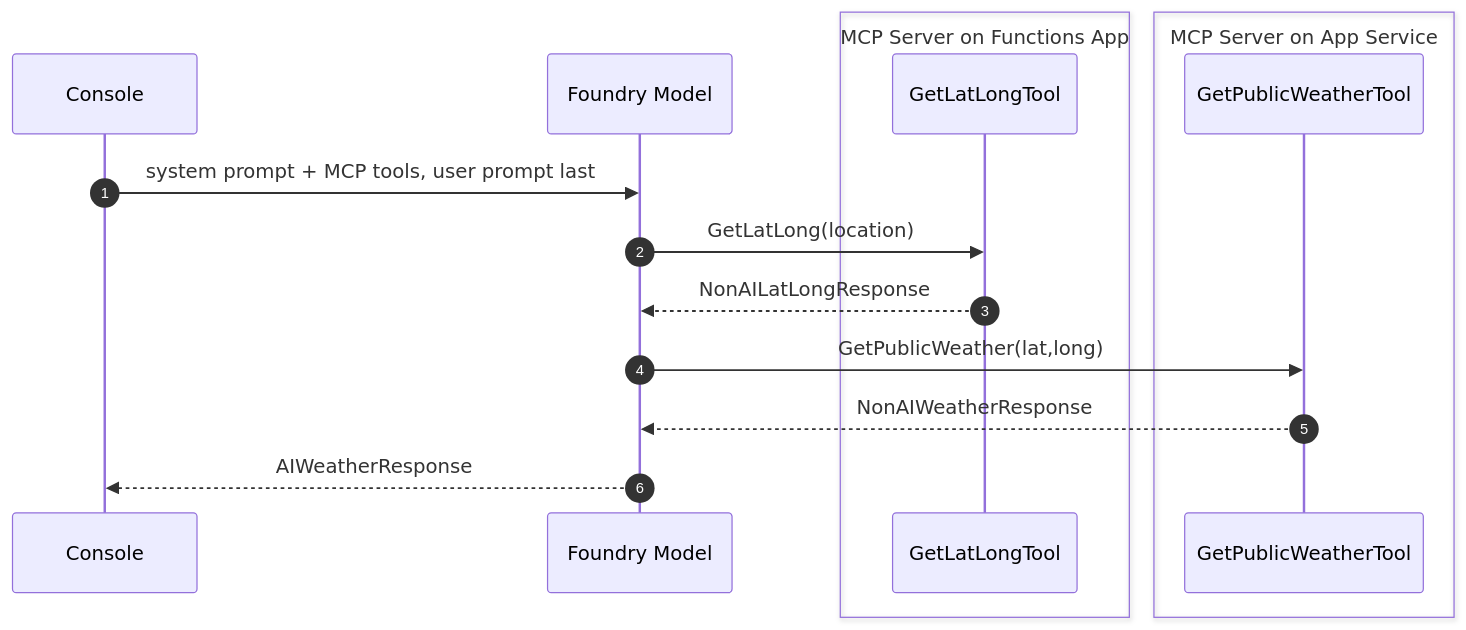
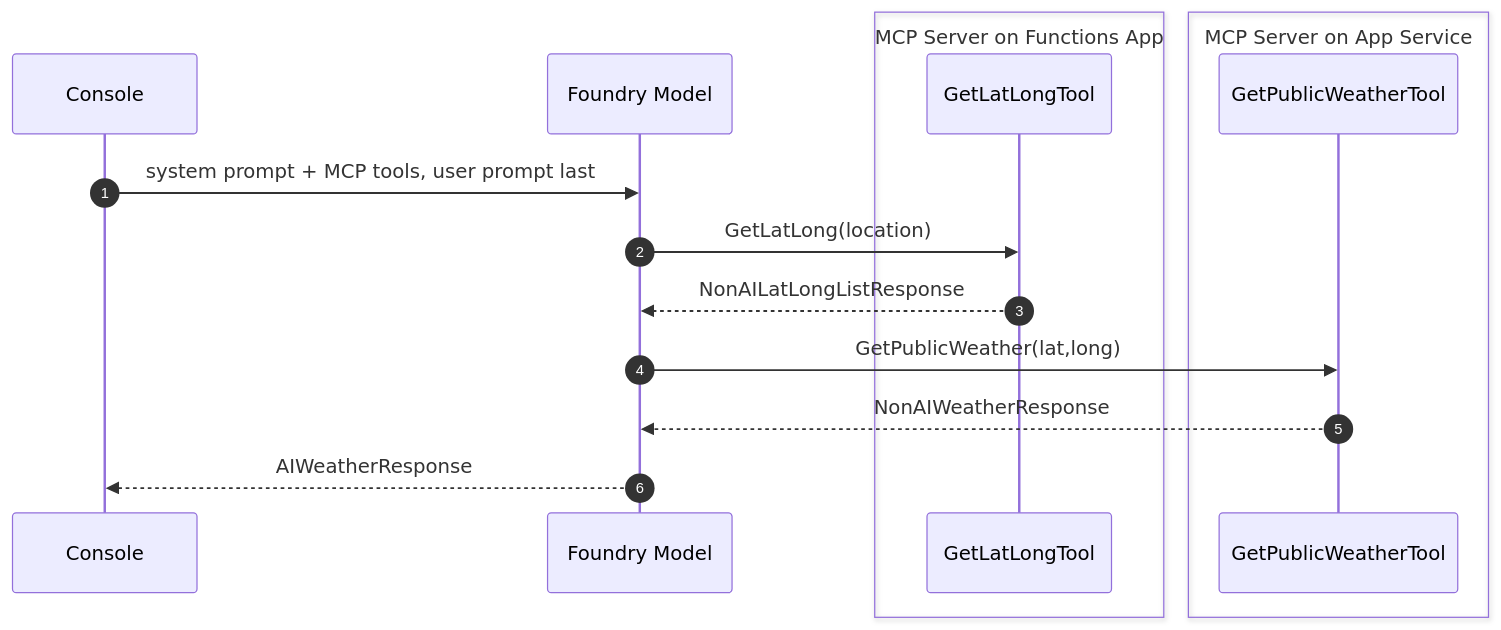
The fifth of 8 diagrams in docs/4-demystifying-foundry-agents-mcp/demystifying-foundry-agents-mcp.md (dustinkorzaan/weather-1116), drawn with Mermaid before and after one commit. The commit also changed other lines of this file and 18 other files, not shown here.

First line of the commit message:
Return ranked top-N geocoding matches from GetLatLongData (#163)

````diff
--- a/docs/4-demystifying-foundry-agents-mcp/demystifying-foundry-agents-mcp.md
+++ b/docs/4-demystifying-foundry-agents-mcp/demystifying-foundry-agents-mcp.md
@@ -136,19 +136,19 @@
   ```mermaid
   sequenceDiagram
       autonumber
       participant Console
       participant Model as Foundry Model
       box MCP Server on Functions App
           participant GetLatLongTool
       end
       box MCP Server on App Service
           participant GetPublicWeatherTool
       end
 
       Console->>Model: system prompt + MCP tools, user prompt last
       Model->>GetLatLongTool: GetLatLong(location)
-      GetLatLongTool-->>Model: NonAILatLongResponse
+      GetLatLongTool-->>Model: NonAILatLongListResponse
       Model->>GetPublicWeatherTool: GetPublicWeather(lat,long)
       GetPublicWeatherTool-->>Model: NonAIWeatherResponse
       Model-->>Console: AIWeatherResponse
   ```
````
